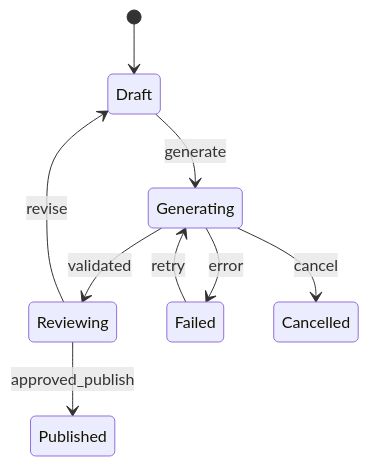
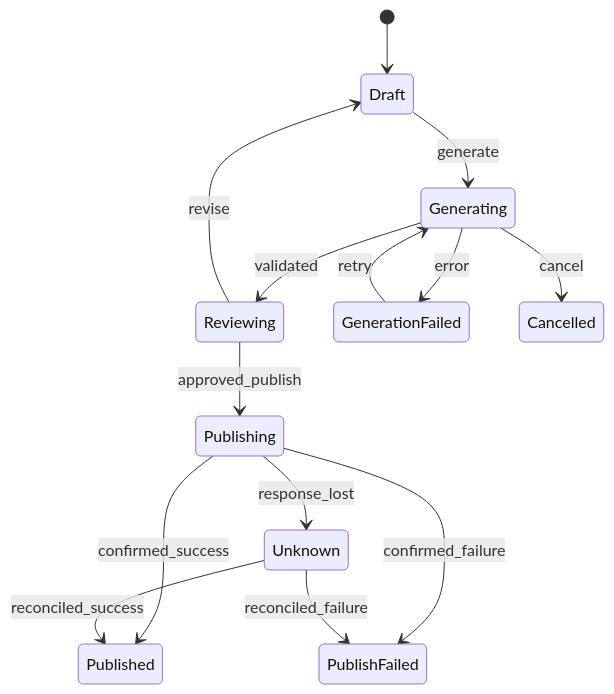
The diagram in docs/note/ai/08-workflow-state.md (Cypher-hey/footprint), drawn with Mermaid before and after one commit. The commit also changed other lines of this file and 23 other files, not shown here.

````diff
--- a/docs/note/ai/08-workflow-state.md
+++ b/docs/note/ai/08-workflow-state.md
@@ -12,11 +36,16 @@
 ```mermaid
 stateDiagram-v2
     [*] --> Draft
     Draft --> Generating: generate
     Generating --> Reviewing: validated
-    Generating --> Failed: error
+    Generating --> GenerationFailed: error
     Generating --> Cancelled: cancel
-    Failed --> Generating: retry
+    GenerationFailed --> Generating: retry
     Reviewing --> Draft: revise
-    Reviewing --> Published: approved_publish
+    Reviewing --> Publishing: approved_publish
+    Publishing --> Published: confirmed_success
+    Publishing --> PublishFailed: confirmed_failure
+    Publishing --> Unknown: response_lost
+    Unknown --> Published: reconciled_success
+    Unknown --> PublishFailed: reconciled_failure
 ```
````
